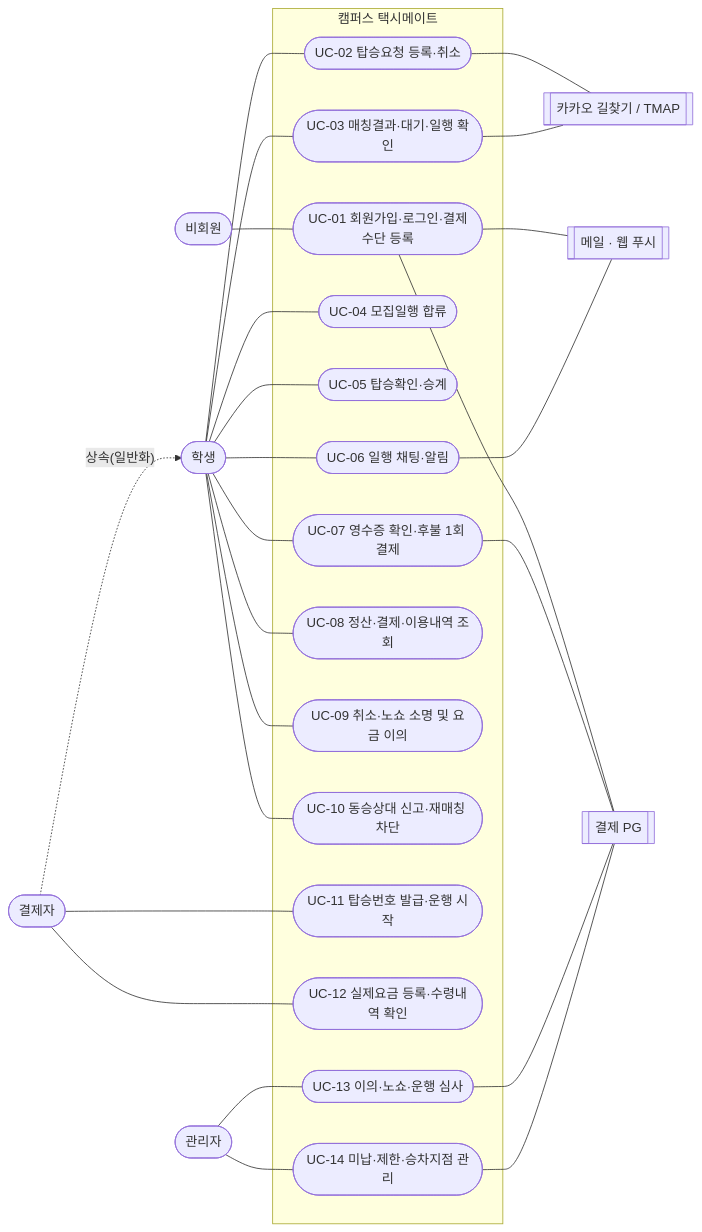
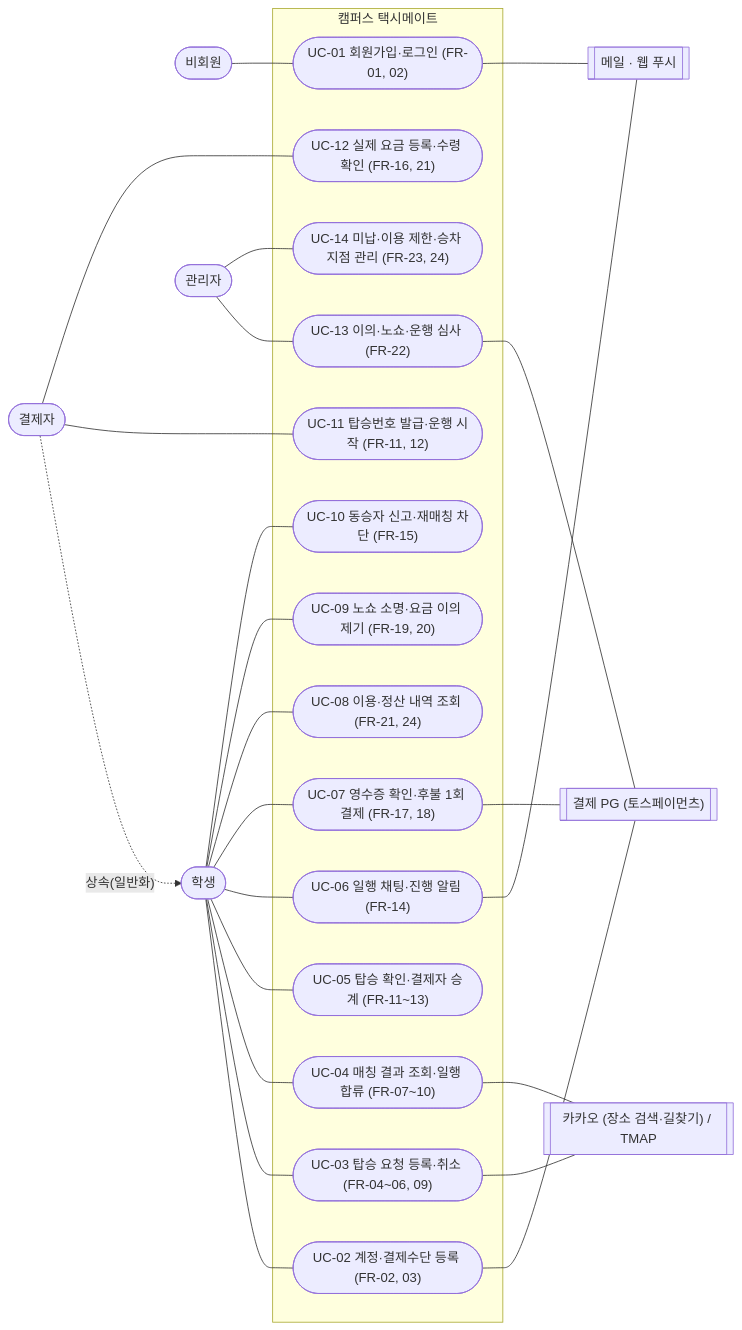
The diagram in docs/02-requirements/use-cases.md (djgfif/campus-taximate), drawn with Mermaid before and after one commit. The commit also changed other lines of this file and 4 other files, not shown here.

````diff
--- a/docs/02-requirements/use-cases.md
+++ b/docs/02-requirements/use-cases.md
@@ -26,56 +26,55 @@
 ```mermaid
 flowchart LR
   Guest(["비회원"])
   Student(["학생"])
   Payer(["결제자"])
   Admin(["관리자"])
 
   Payer -.->|"상속(일반화)"| Student
 
   subgraph System["캠퍼스 택시메이트"]
-    UC01(["UC-01 회원가입·로그인·결제수단 등록"])
-    UC02(["UC-02 탑승요청 등록·취소"])
-    UC03(["UC-03 매칭결과·대기·일행 확인"])
-    UC04(["UC-04 모집일행 합류"])
-    UC05(["UC-05 탑승확인·승계"])
-    UC06(["UC-06 일행 채팅·알림"])
-    UC07(["UC-07 영수증 확인·후불 1회 결제"])
-    UC08(["UC-08 정산·결제·이용내역 조회"])
-    UC09(["UC-09 취소·노쇼 소명 및 요금 이의"])
-    UC10(["UC-10 동승상대 신고·재매칭 차단"])
-    UC11(["UC-11 탑승번호 발급·운행 시작"])
-    UC12(["UC-12 실제요금 등록·수령내역 확인"])
-    UC13(["UC-13 이의·노쇼·운행 심사"])
-    UC14(["UC-14 미납·제한·승차지점 관리"])
+    UC01(["UC-01 회원가입·로그인 (FR-01, 02)"])
+    UC02(["UC-02 계정·결제수단 등록 (FR-02, 03)"])
+    UC03(["UC-03 탑승 요청 등록·취소 (FR-04~06, 09)"])
+    UC04(["UC-04 매칭 결과 조회·일행 합류 (FR-07~10)"])
+    UC05(["UC-05 탑승 확인·결제자 승계 (FR-11~13)"])
+    UC06(["UC-06 일행 채팅·진행 알림 (FR-14)"])
+    UC07(["UC-07 영수증 확인·후불 1회 결제 (FR-17, 18)"])
+    UC08(["UC-08 이용·정산 내역 조회 (FR-21, 24)"])
+    UC09(["UC-09 노쇼 소명·요금 이의 제기 (FR-19, 20)"])
+    UC10(["UC-10 동승자 신고·재매칭 차단 (FR-15)"])
+    UC11(["UC-11 탑승번호 발급·운행 시작 (FR-11, 12)"])
+    UC12(["UC-12 실제 요금 등록·수령 확인 (FR-16, 21)"])
+    UC13(["UC-13 이의·노쇼·운행 심사 (FR-22)"])
+    UC14(["UC-14 미납·이용 제한·승차 지점 관리 (FR-23, 24)"])
   end
 
-  ExtRoute[["카카오 길찾기 / TMAP"]]
-  ExtPay[["결제 PG"]]
+  ExtRoute[["카카오 (장소 검색·길찾기) / TMAP"]]
+  ExtPay[["결제 PG (토스페이먼츠)"]]
   ExtMail[["메일 · 웹 푸시"]]
 
   Guest --- UC01
   Student --- UC02
   Student --- UC03
   Student --- UC04
   Student --- UC05
   Student --- UC06
   Student --- UC07
   Student --- UC08
   Student --- UC09
   Student --- UC10
 
   Payer --- UC11
   Payer --- UC12
 
   Admin --- UC13
   Admin --- UC14
 
   UC01 --- ExtMail
-  UC01 --- ExtPay
-  UC02 --- ExtRoute
+  UC02 --- ExtPay
   UC03 --- ExtRoute
+  UC04 --- ExtRoute
   UC06 --- ExtMail
   UC07 --- ExtPay
   UC13 --- ExtPay
-  UC14 --- ExtPay
 ```
````
